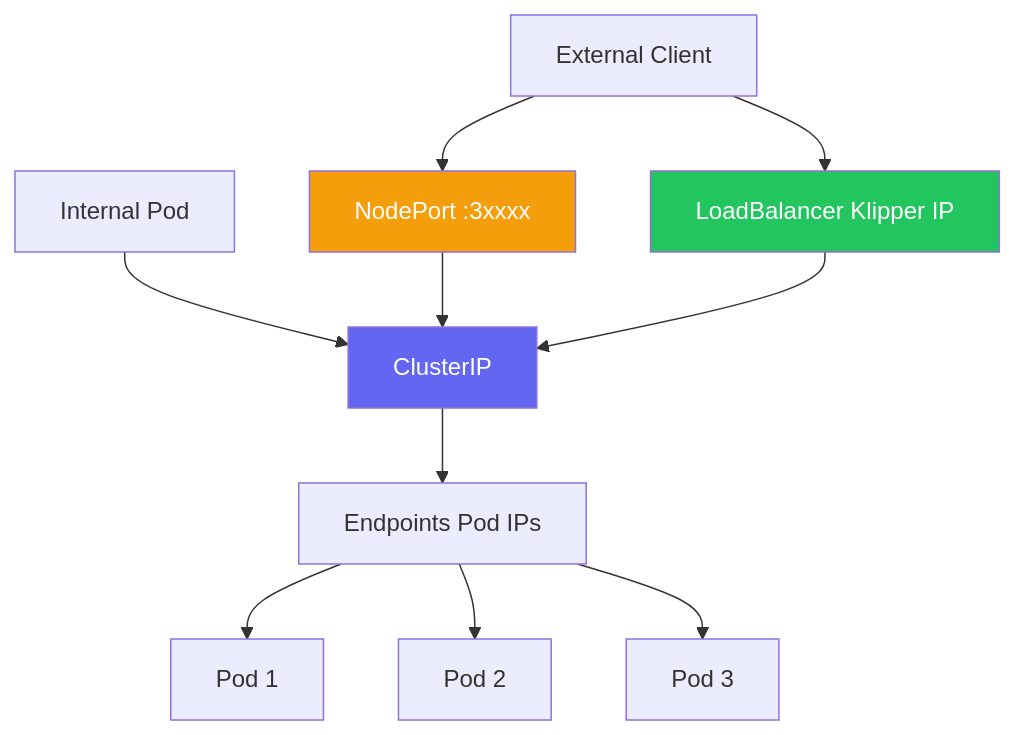
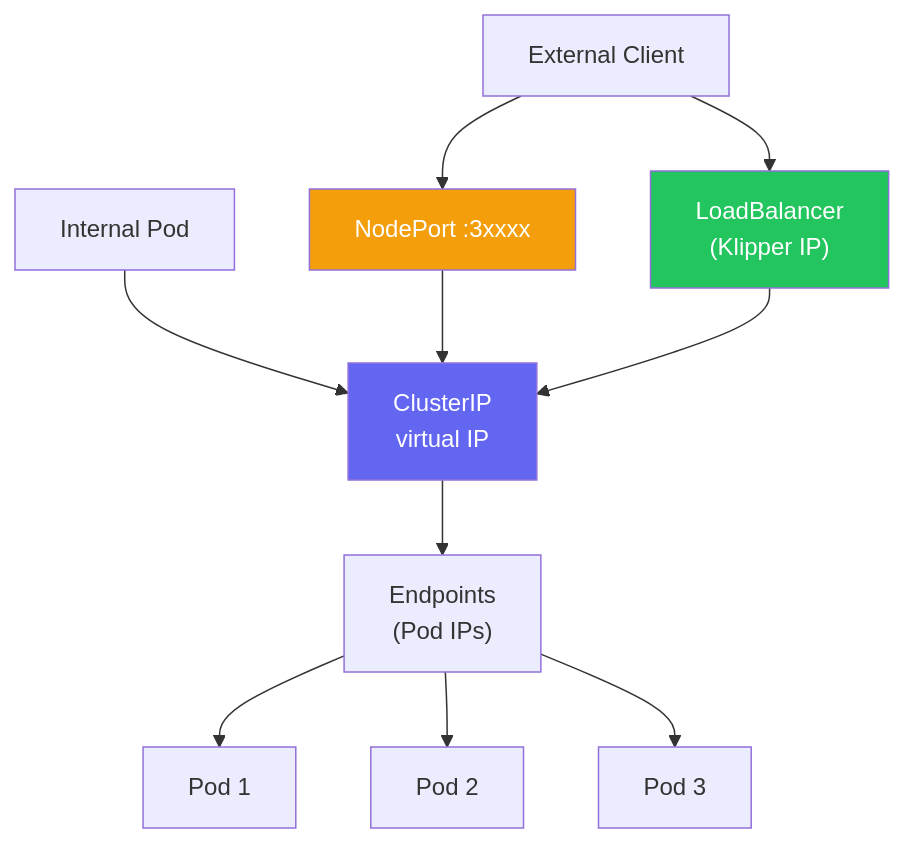
One commit to UncleJS/course_k3s changed the first of 8 diagrams in 04_networking/02_service_types.md. Above: the diagram before and after it, drawn with Mermaid. The commit also changed other lines of this file and 45 other files, not shown here.

First line of the commit message:
Expand all course lessons: Mermaid diagrams + rich prose across 43 files

````diff
--- a/04_networking/02_service_types.md
+++ b/04_networking/02_service_types.md
@@ -28,14 +32,14 @@
 ```mermaid
 flowchart TD
-    EXT[External Client] --> NP[NodePort :3xxxx]
-    EXT --> LB[LoadBalancer Klipper IP]
-    INT[Internal Pod] --> CIP[ClusterIP]
+    EXT["External Client"] --> NP["NodePort :3xxxx"]
+    EXT --> LB["LoadBalancer<br/>(Klipper IP)"]
+    INT["Internal Pod"] --> CIP["ClusterIP<br/>virtual IP"]
     NP --> CIP
     LB --> CIP
-    CIP --> EP[Endpoints Pod IPs]
-    EP --> P1[Pod 1] & P2[Pod 2] & P3[Pod 3]
+    CIP --> EP["Endpoints<br/>(Pod IPs)"]
+    EP --> P1["Pod 1"] & P2["Pod 2"] & P3["Pod 3"]
 
     style CIP fill:#6366f1,color:#fff
     style LB fill:#22c55e,color:#fff
     style NP fill:#f59e0b,color:#fff
 ```
````
